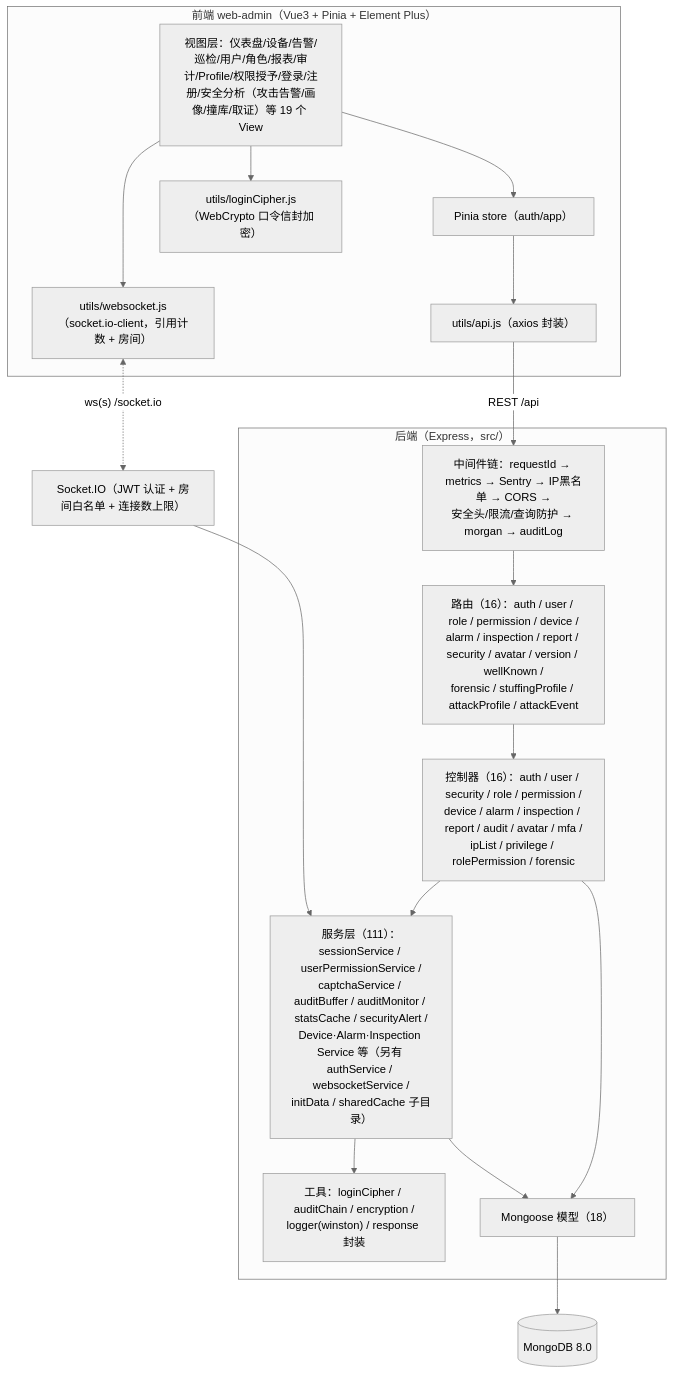
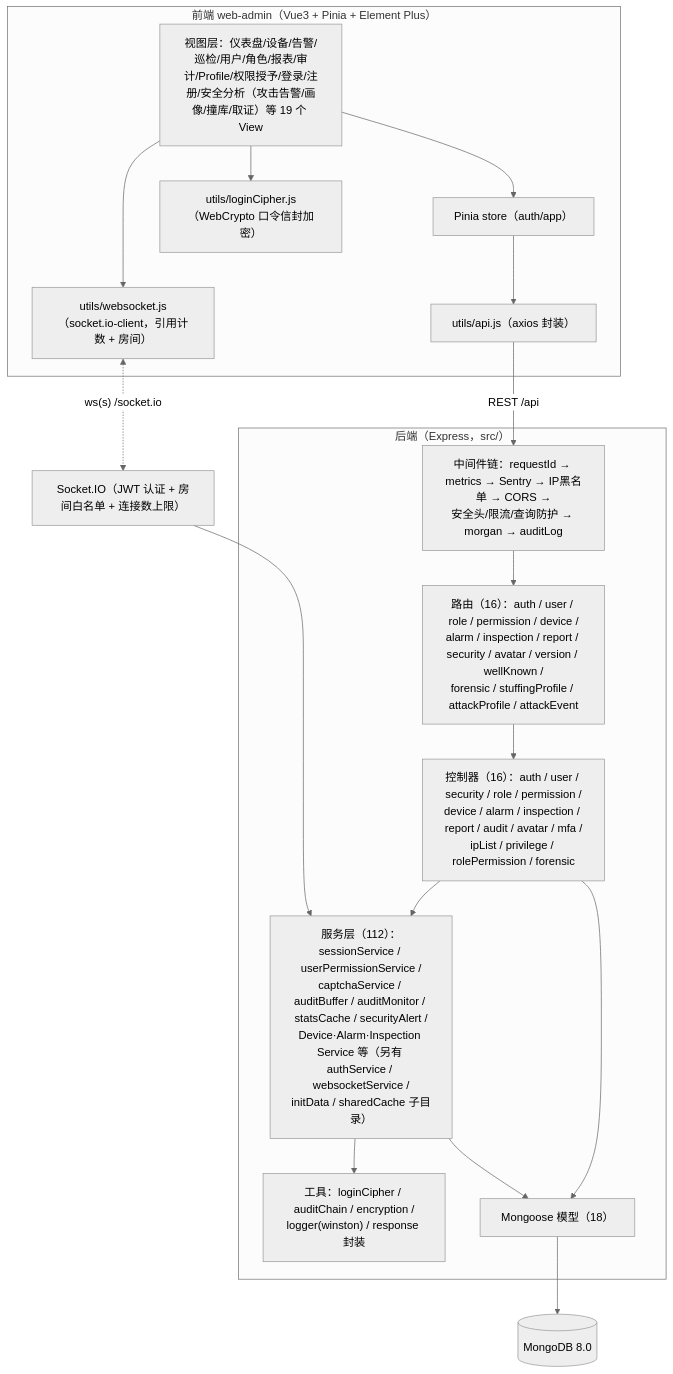
Before and after one commit to qmzzzzz/fsms: the first of 4 diagrams in docs/architecture.md, drawn with Mermaid (neutral theme).

Commit message:
fix(docs): 架构图服务层计数 111→112（auditFlushBatchLimit 入册，D5 闸对账）

````diff
--- a/docs/architecture.md
+++ b/docs/architecture.md
@@ -10,34 +10,34 @@
 ```mermaid
 flowchart TB
   subgraph Client["前端 web-admin（Vue3 + Pinia + Element Plus）"]
     Views["视图层：仪表盘/设备/告警/巡检/用户/角色/报表/审计/Profile/权限授予/登录/注册/安全分析（攻击告警/画像/撞库/取证）等 19 个 View"]
     Store["Pinia store（auth/app）"]
     Api["utils/api.js（axios 封装）"]
     Ws["utils/websocket.js（socket.io-client，引用计数 + 房间）"]
     Cipher["utils/loginCipher.js（WebCrypto 口令信封加密）"]
   end
 
   subgraph Backend["后端（Express，src/）"]
     MW["中间件链：requestId → metrics → Sentry → IP黑名单 → CORS →\n安全头/限流/查询防护 → morgan → auditLog"]
     Routes["路由（16）：auth / user / role / permission / device /\nalarm / inspection / report / security / avatar / version / wellKnown /\nforensic / stuffingProfile / attackProfile / attackEvent"]
     Ctrl["控制器（16）：auth / user / security / role / permission /\ndevice / alarm / inspection / report / audit / avatar / mfa /\nipList / privilege / rolePermission / forensic"]
-    Svc["服务层（111）：sessionService / userPermissionService /\ncaptchaService / auditBuffer / auditMonitor / statsCache / securityAlert /\nDevice·Alarm·Inspection Service 等（另有 authService / websocketService /\ninitData / sharedCache 子目录）"]
+    Svc["服务层（112）：sessionService / userPermissionService /\ncaptchaService / auditBuffer / auditMonitor / statsCache / securityAlert /\nDevice·Alarm·Inspection Service 等（另有 authService / websocketService /\ninitData / sharedCache 子目录）"]
     Utils["工具：loginCipher / auditChain / encryption /\nlogger(winston) / response 封装"]
     Models["Mongoose 模型（18）"]
   end
 
   Mongo[("MongoDB 8.0")]
   Socket["Socket.IO（JWT 认证 + 房间白名单 + 连接数上限）"]
 
   Views --> Store --> Api
   Views --> Ws
   Views --> Cipher
   Api -- "REST /api" --> MW --> Routes --> Ctrl
   Ctrl --> Svc
   Ctrl --> Models
   Svc --> Models
   Svc --> Utils
   Ws <-. "ws(s) /socket.io" .-> Socket
   Socket --> Svc
   Models --> Mongo
 ```
````
